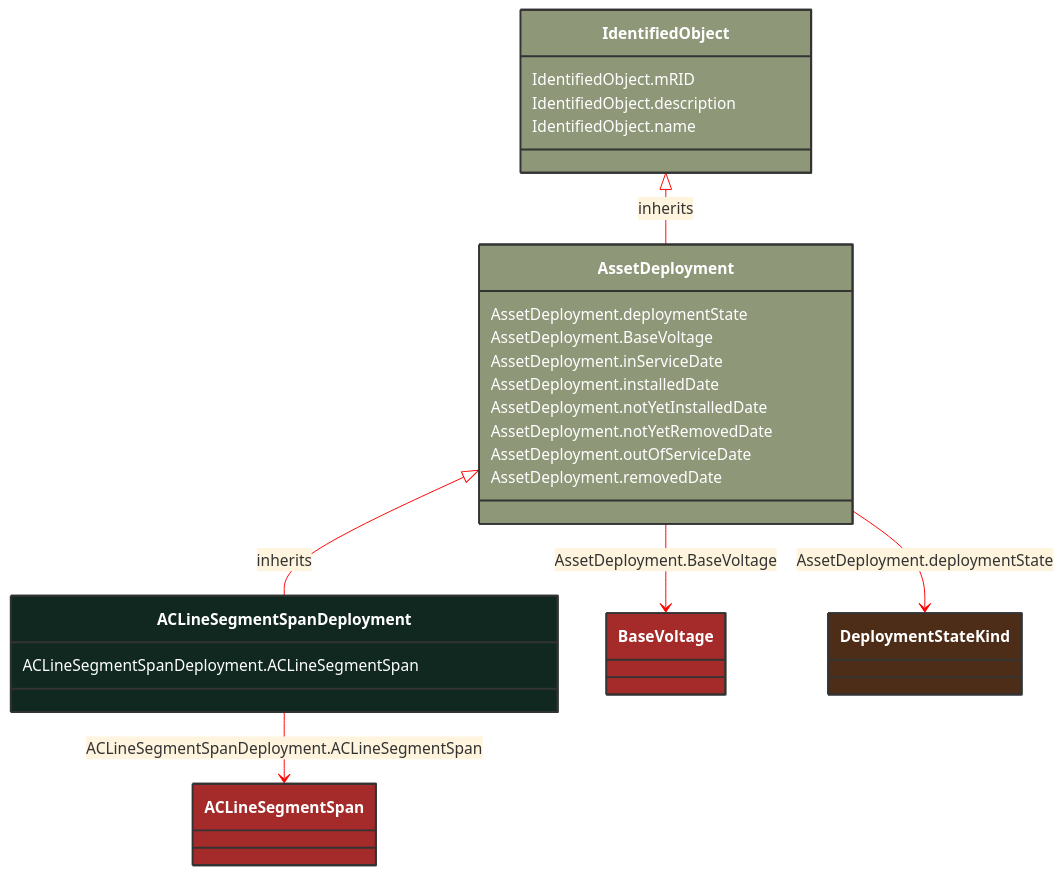
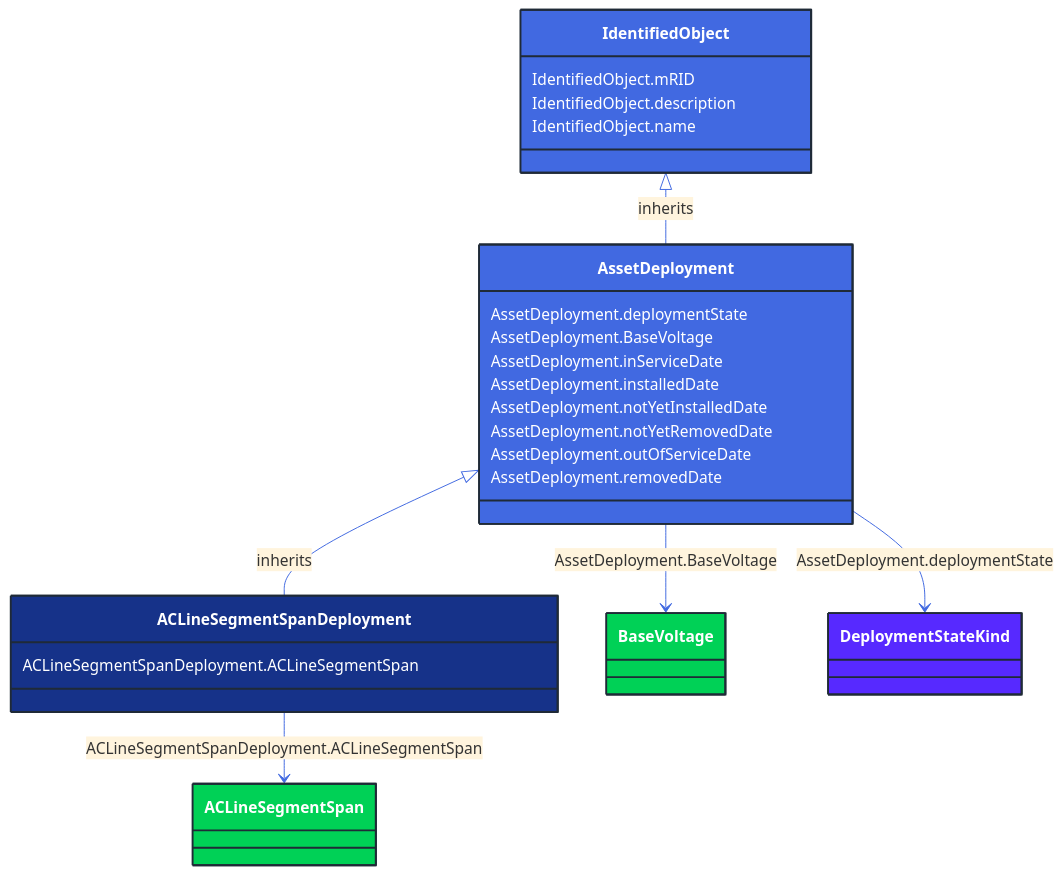
One commit to 3lbits/NoCIMExtensions changed the diagram in docs/Models/Profiles/AviationObstacle/ConcreteClasses/ACLineSegmentSpanDeployment.md. Above: the diagram before and after it, drawn with Mermaid. The commit also changed 362 other files, not shown here.

First line of the commit message:
Update diagrams and styles for improved visual consistency

````diff
--- a/docs/Models/Profiles/AviationObstacle/ConcreteClasses/ACLineSegmentSpanDeployment.md
+++ b/docs/Models/Profiles/AviationObstacle/ConcreteClasses/ACLineSegmentSpanDeployment.md
@@ -8,45 +8,45 @@
 ```mermaid
-%%{init: {'theme':'base','themeVariables': {'lineColor': '#FF0000'}}}%%
+%%{init: {'theme':'base','themeVariables': {'lineColor': '#4169E1'}}}%%
 classDiagram
     class ACLineSegmentSpanDeployment
     click ACLineSegmentSpanDeployment href "/Models/Profiles/AviationObstacle/ConcreteClasses/ACLineSegmentSpanDeployment/"
-    style ACLineSegmentSpanDeployment fill:#102820,stroke:#333,stroke-width:2px,rx:10,ry:10,color:white
+    style ACLineSegmentSpanDeployment fill:#163289,stroke:#1F2A37,stroke-width:2px,rx:10,ry:10,color:white
      
         AssetDeployment <|-- ACLineSegmentSpanDeployment : inherits
             click AssetDeployment href "/Models/Profiles/AviationObstacle/ConcreteClasses/AssetDeployment/"
-            style AssetDeployment fill:#8F9779,stroke:#333,stroke-width:2px,rx:10,ry:10,color:white
+            style AssetDeployment fill:#4169E1,stroke:#1F2A37,stroke-width:2px,rx:10,ry:10,color:white
      
         IdentifiedObject <|-- AssetDeployment : inherits
             click IdentifiedObject href "/Models/Profiles/AviationObstacle/AbstractClasses/IdentifiedObject/"
-            style IdentifiedObject fill:#8F9779,stroke:#333,stroke-width:2px,rx:10,ry:10,color:white
+            style IdentifiedObject fill:#4169E1,stroke:#1F2A37,stroke-width:2px,rx:10,ry:10,color:white
 
         ACLineSegmentSpanDeployment --> ACLineSegmentSpan : ACLineSegmentSpanDeployment.ACLineSegmentSpan
 
         ACLineSegmentSpan
             click ACLineSegmentSpan href "/Models/Profiles/AviationObstacle/ConcreteClasses/ACLineSegmentSpan/"
-            style ACLineSegmentSpan fill:#A52A2A,stroke:#333,stroke-width:2px,rx:10,ry:10,color:white
+            style ACLineSegmentSpan fill:#00D156,stroke:#1F2A37,stroke-width:2px,rx:10,ry:10,color:white
         AssetDeployment --> BaseVoltage : AssetDeployment.BaseVoltage
 
         BaseVoltage
             click BaseVoltage href "/Models/Profiles/AviationObstacle/ConcreteClasses/BaseVoltage/"
-            style BaseVoltage fill:#A52A2A,stroke:#333,stroke-width:2px,rx:10,ry:10,color:white
+            style BaseVoltage fill:#00D156,stroke:#1F2A37,stroke-width:2px,rx:10,ry:10,color:white
 
         AssetDeployment --> DeploymentStateKind : AssetDeployment.deploymentState
 
         DeploymentStateKind
             click DeploymentStateKind href "/Models/Profiles/AviationObstacle/Enumerations/DeploymentStateKind/"
-            style DeploymentStateKind fill:#4D2D18,stroke:#333,stroke-width:2px,rx:10,ry:10,color:white
+            style DeploymentStateKind fill:#5729FF,stroke:#1F2A37,stroke-width:2px,rx:10,ry:10,color:white
 
         ACLineSegmentSpanDeployment : ACLineSegmentSpanDeployment.ACLineSegmentSpan
         AssetDeployment : AssetDeployment.deploymentState
         AssetDeployment : AssetDeployment.BaseVoltage
         AssetDeployment : AssetDeployment.inServiceDate
         AssetDeployment : AssetDeployment.installedDate
         AssetDeployment : AssetDeployment.notYetInstalledDate
         AssetDeployment : AssetDeployment.notYetRemovedDate
         AssetDeployment : AssetDeployment.outOfServiceDate
         AssetDeployment : AssetDeployment.removedDate
         IdentifiedObject : IdentifiedObject.mRID
         IdentifiedObject : IdentifiedObject.description
         IdentifiedObject : IdentifiedObject.name
 ```
````
